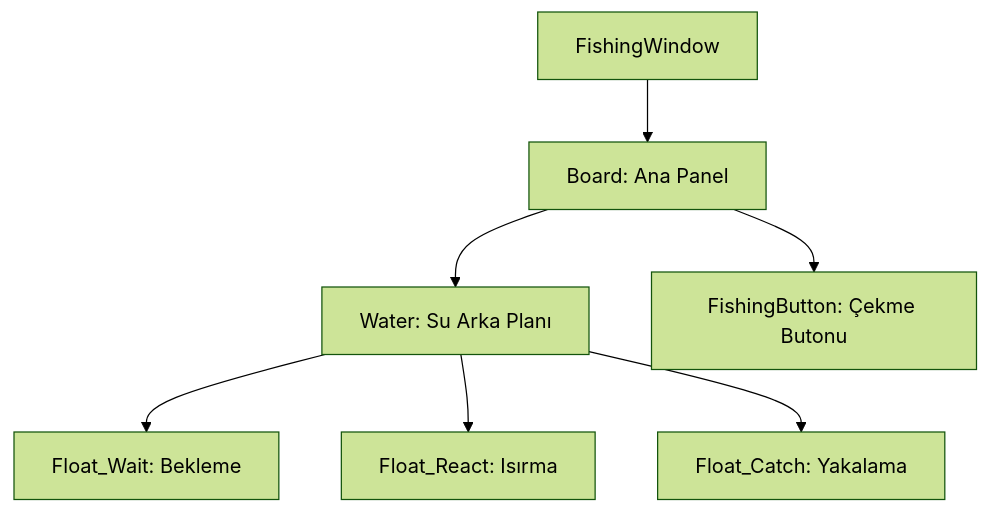
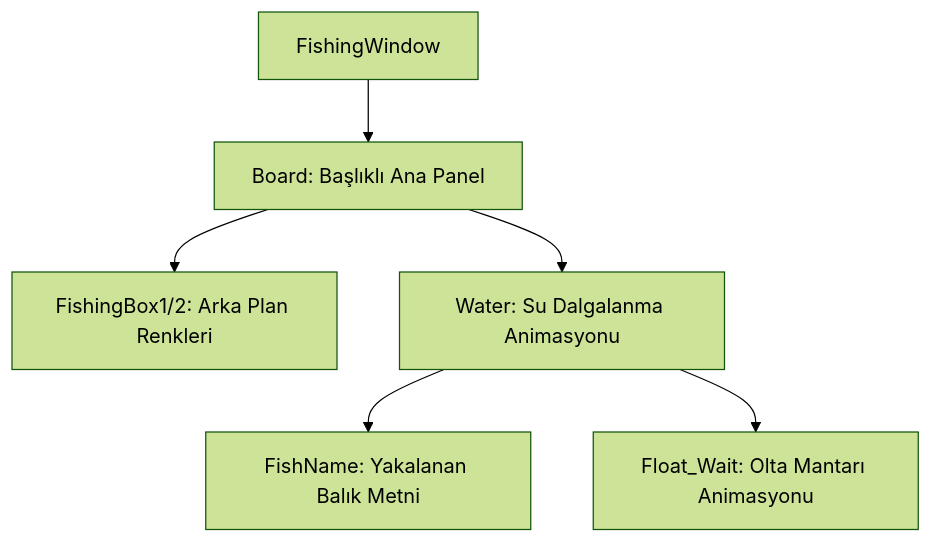
One commit to Engin622/Metin2-Pack-Agent-Skills changed the diagram in uiscript/fishingwindow/skills.md. Above: the diagram before and after it, drawn with Mermaid (forest theme). The commit also changed other lines of this file and 65 other files, not shown here.

````diff
--- a/uiscript/fishingwindow/skills.md
+++ b/uiscript/fishingwindow/skills.md
@@ -35,9 +34,8 @@
 ```mermaid
 graph TD
-    A[FishingWindow] --> B[Board: Ana Panel]
-    B --> C[Water: Su Arka Planı]
-    C --> D1[Float_Wait: Bekleme]
-    C --> D2[Float_React: Isırma]
-    C --> D3[Float_Catch: Yakalama]
-    B --> E[FishingButton: Çekme Butonu]
+    A[FishingWindow] --> B[Board: Başlıklı Ana Panel]
+    B --> C[FishingBox1/2: Arka Plan Renkleri]
+    B --> D[Water: Su Dalgalanma Animasyonu]
+    D --> E[FishName: Yakalanan Balık Metni]
+    D --> F[Float_Wait: Olta Mantarı Animasyonu]
 ```
````
